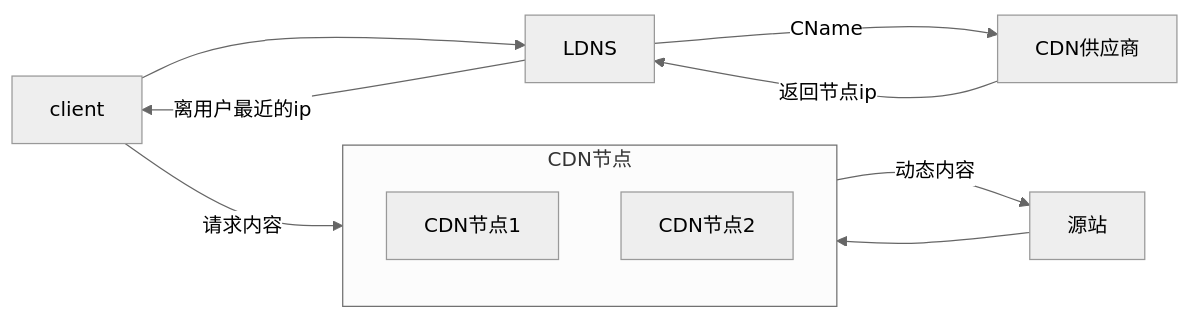
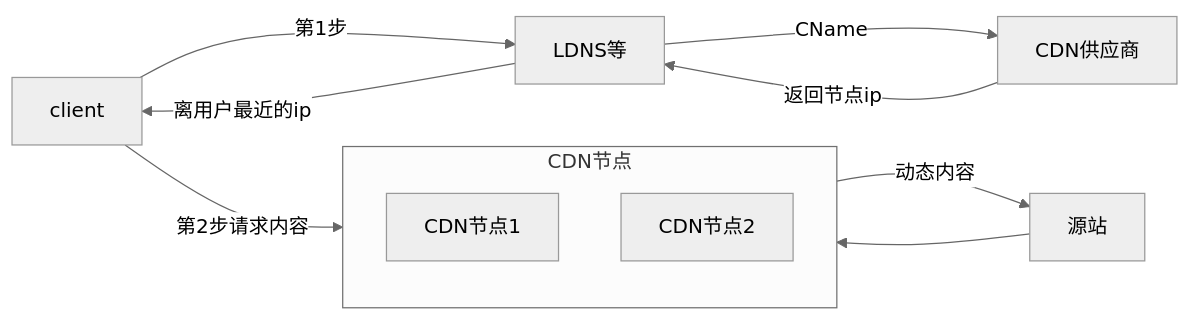
The seventh of 12 diagrams in docs/Architecture/学习笔记-架构设计.md (namelessmyth/beFreeCoder), drawn with Mermaid (neutral theme) before and after one commit. The commit also changed other lines of this file and 3 other files, not shown here.

````diff
--- a/docs/Architecture/学习笔记-架构设计.md
+++ b/docs/Architecture/学习笔记-架构设计.md
@@ -1670,17 +1636,17 @@
 ```mermaid
 flowchart LR
-client-->LDNS-->|CName|CDN["CDN供应商"]
+client-->|第1步|LDNS-->|CName|CDN["CDN供应商"]
 subgraph cdnl["CDN节点"]
 	direction TB
 	CDN节点1
 	CDN节点2
 end
 
-CDN-->|返回节点ip|LDNS
+CDN-->|返回节点ip|LDNS["LDNS等"]
 LDNS-->|离用户最近的ip|client
 
 cdnl-->|动态内容|源站
 源站-->cdnl
 
-client-->|请求内容|cdnl
+client-->|第2步请求内容|cdnl
 ```
````
